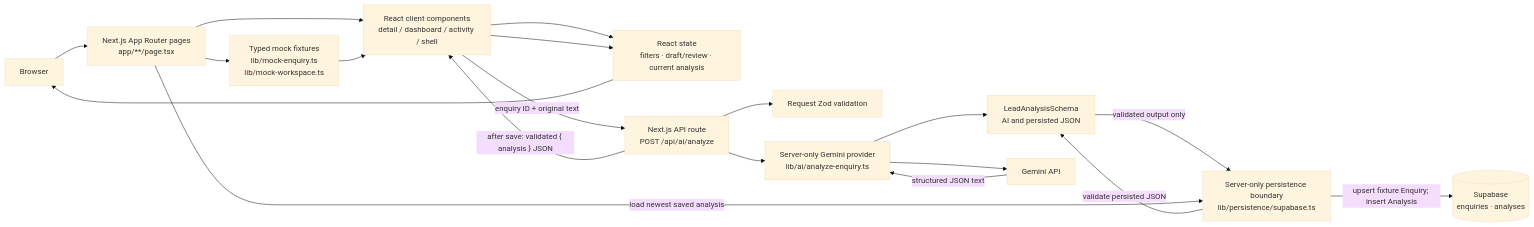
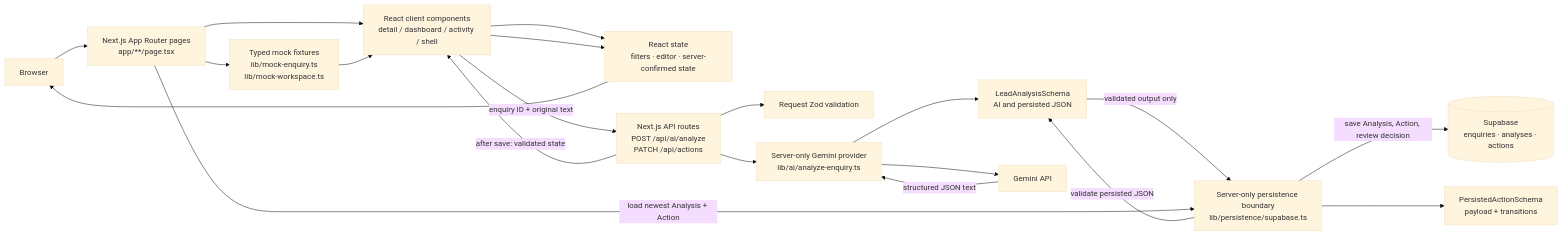
Before and after one commit to nthnmillar/morrow-ai-lead: the first of 2 diagrams in ARCHITECTURE_WALKTHROUGH.md, drawn with Mermaid (base theme). The commit also changed other lines of this file and 12 other files, not shown here.

Commit message:
Add persisted actions and human approval flow

````diff
--- a/ARCHITECTURE_WALKTHROUGH.md
+++ b/ARCHITECTURE_WALKTHROUGH.md
@@ -15,34 +16,36 @@
 ```mermaid
 flowchart LR
   Browser["Browser"]
   Routes["Next.js App Router pages<br/>app/**/page.tsx"]
   Fixtures["Typed mock fixtures<br/>lib/mock-enquiry.ts<br/>lib/mock-workspace.ts"]
   Client["React client components<br/>detail / dashboard / activity / shell"]
-  State["React state<br/>filters · draft/review · current analysis"]
-  API["Next.js API route<br/>POST /api/ai/analyze"]
+  State["React state<br/>filters · editor · server-confirmed state"]
+  API["Next.js API routes<br/>POST /api/ai/analyze<br/>PATCH /api/actions"]
   RequestSchema["Request Zod validation"]
   Provider["Server-only Gemini provider<br/>lib/ai/analyze-enquiry.ts"]
   AnalysisSchema["LeadAnalysisSchema<br/>AI and persisted JSON"]
   Gemini["Gemini API"]
   Persistence["Server-only persistence boundary<br/>lib/persistence/supabase.ts"]
-  Supabase[("Supabase<br/>enquiries · analyses")]
+  ActionSchema["PersistedActionSchema<br/>payload + transitions"]
+  Supabase[("Supabase<br/>enquiries · analyses · actions")]
 
   Browser --> Routes
   Routes --> Fixtures
   Routes --> Client
   Fixtures --> Client
   Client --> State
   Client -- "enquiry ID + original text" --> API
   API --> RequestSchema
   API --> Provider
   Provider --> Gemini
   Provider --> AnalysisSchema
   Gemini -- "structured JSON text" --> Provider
   AnalysisSchema -->|"validated output only"| Persistence
-  Persistence -->|"upsert fixture Enquiry; insert Analysis"| Supabase
-  Routes -->|"load newest saved analysis"| Persistence
+  Persistence -->|"save Analysis, Action, review decision"| Supabase
+  Routes -->|"load newest Analysis + Action"| Persistence
   Persistence -->|"validate persisted JSON"| AnalysisSchema
-  API -->|"after save: validated { analysis } JSON"| Client
+  Persistence --> ActionSchema
+  API -->|"after save: validated state"| Client
   Client --> State
   State --> Browser
 ```
````
